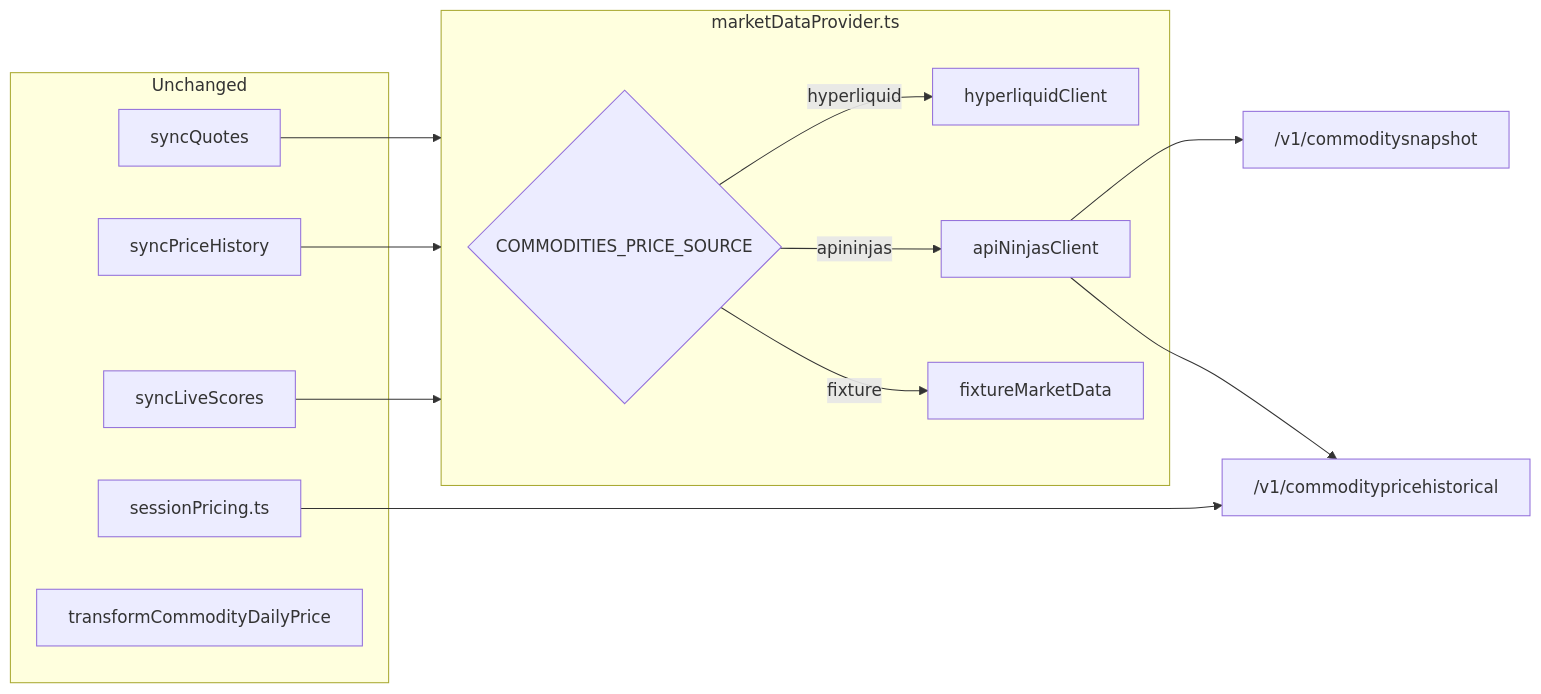
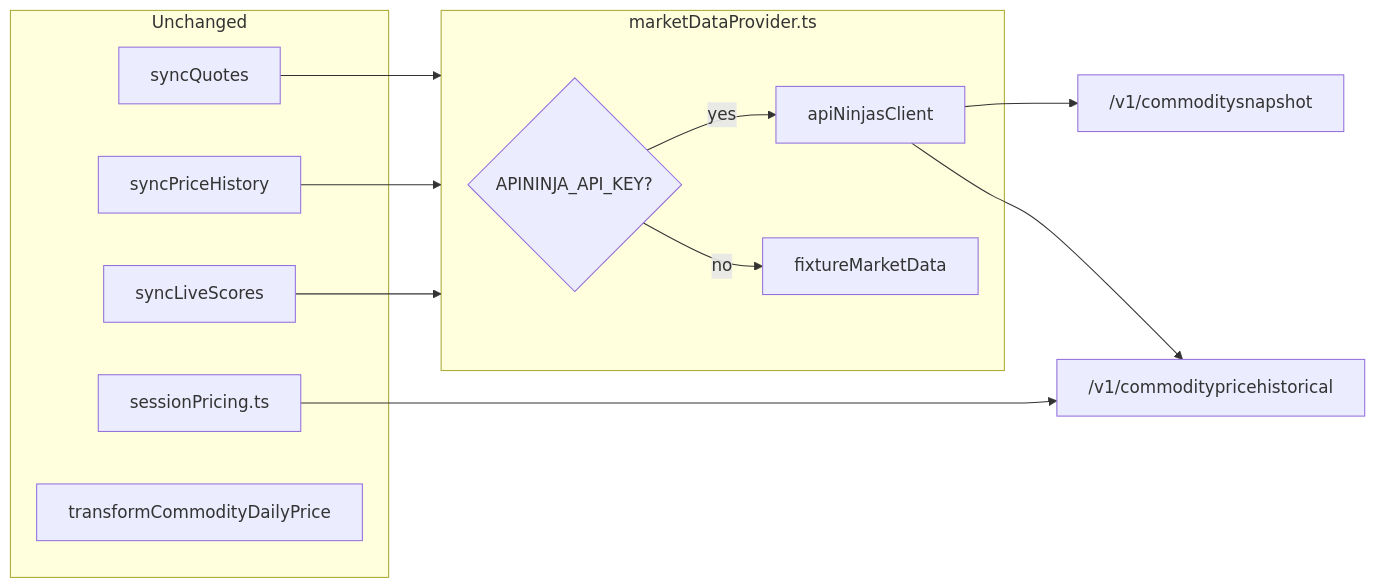
The first of 2 diagrams in docs/sports/commodities/archive/COMMODITIES_APININJA_PLAN.md (MagRelo/cut), drawn with Mermaid before and after one commit. The commit also changed other lines of this file, not shown here.

First line of the commit message:
Revise API Ninjas integration plan for commodities

````diff
--- a/docs/sports/commodities/archive/COMMODITIES_APININJA_PLAN.md
+++ b/docs/sports/commodities/archive/COMMODITIES_APININJA_PLAN.md
@@ -48,24 +48,23 @@
 ```mermaid
 flowchart LR
   subgraph unchanged [Unchanged]
     syncQuotes
     syncPriceHistory
     syncLiveScores
     sessionPricing["sessionPricing.ts"]
     liveScores["transformCommodityDailyPrice"]
   end
 
   subgraph provider [marketDataProvider.ts]
-    route{COMMODITIES_PRICE_SOURCE}
-    route -->|hyperliquid| hl[hyperliquidClient]
-    route -->|apininjas| an[apiNinjasClient]
-    route -->|fixture| fix[fixtureMarketData]
+    resolveMode{APININJA_API_KEY?}
+    resolveMode -->|yes| an[apiNinjasClient]
+    resolveMode -->|no| fix[fixtureMarketData]
   end
 
   syncQuotes --> provider
   syncPriceHistory --> provider
   syncLiveScores --> provider
   an --> snapshot["/v1/commoditysnapshot"]
   an --> hist["/v1/commoditypricehistorical"]
   sessionPricing --> hist
 ```
````
